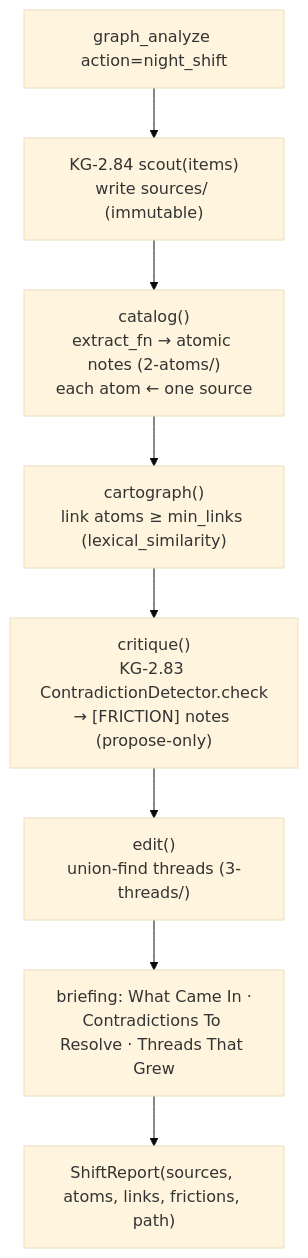
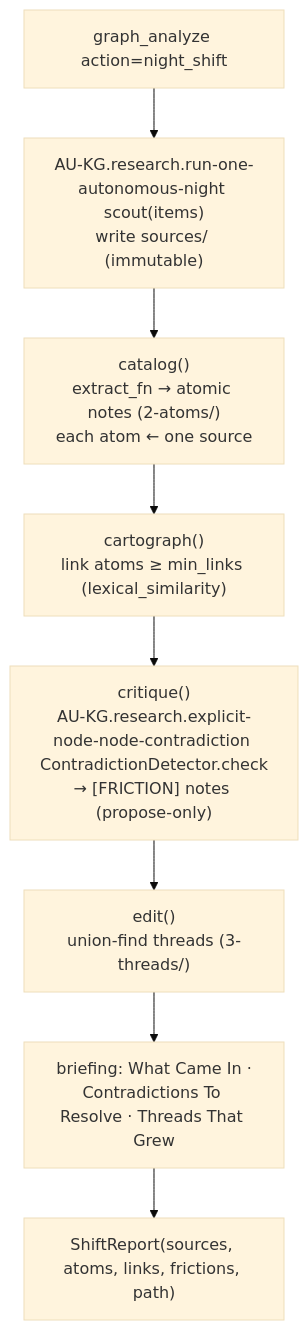
One commit to Knuckles-Team/agent-utilities changed the sixth of 8 diagrams in docs/architecture/multi_source_assimilation.md. Above: the diagram before and after it, drawn with Mermaid (base theme). The commit also changed other lines of this file and 2324 other files, not shown here.

````diff
--- a/docs/architecture/multi_source_assimilation.md
+++ b/docs/architecture/multi_source_assimilation.md
@@ -310,10 +310,10 @@
 ```mermaid
 flowchart TD
-    NS["graph_analyze action=night_shift"] --> SCOUT["KG-2.84 scout(items)<br/>write sources/ (immutable)"]
+    NS["graph_analyze action=night_shift"] --> SCOUT["AU-KG.research.run-one-autonomous-night scout(items)<br/>write sources/ (immutable)"]
     SCOUT --> CAT["catalog()<br/>extract_fn → atomic notes (2-atoms/)<br/>each atom ← one source"]
     CAT --> CART["cartograph()<br/>link atoms ≥ min_links (lexical_similarity)"]
-    CART --> CRIT["critique()<br/>KG-2.83 ContradictionDetector.check<br/>→ [FRICTION] notes (propose-only)"]
+    CART --> CRIT["critique()<br/>AU-KG.research.explicit-node-node-contradiction ContradictionDetector.check<br/>→ [FRICTION] notes (propose-only)"]
     CRIT --> EDIT["edit()<br/>union-find threads (3-threads/)"]
     EDIT --> BRIEF["briefing: What Came In ·<br/>Contradictions To Resolve · Threads That Grew"]
     BRIEF --> REP["ShiftReport(sources, atoms, links, frictions, path)"]
 ```
````
